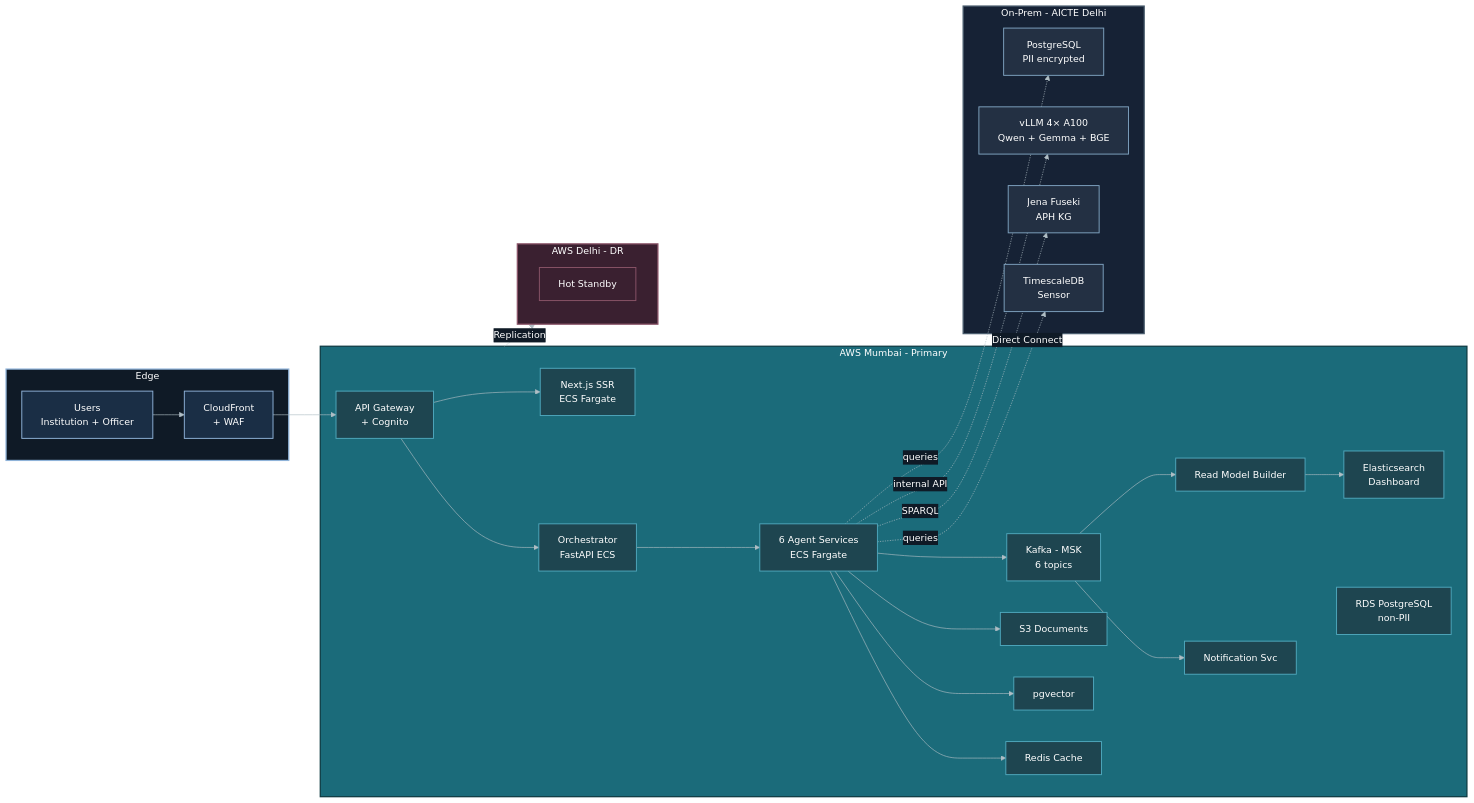
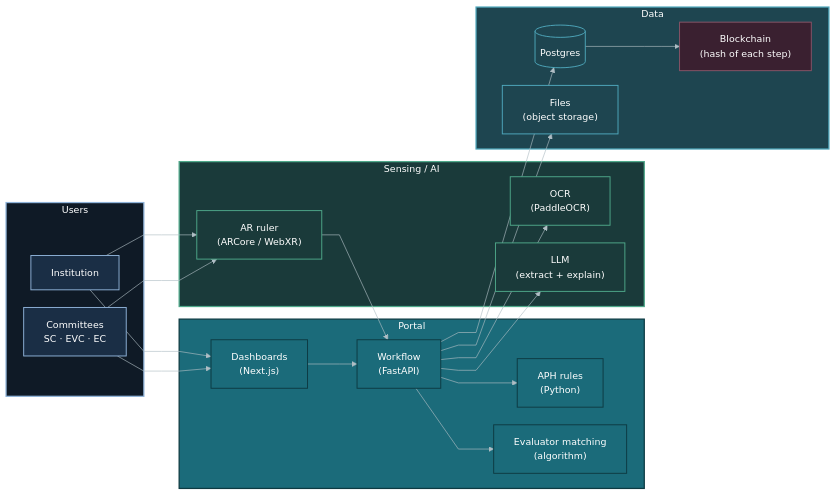
One commit to Anayshah13/sih-AICTE_prototype changed the diagram in overall_system_architecture.mmd. Above: the diagram before and after it, drawn with Mermaid. The commit also changed 17 other files, not shown here.

```diff
--- a/overall_system_architecture.mmd
+++ b/overall_system_architecture.mmd
@@ -1,73 +1,66 @@
 %%{init: {'theme':'base', 'themeVariables': {
   'primaryColor': '#1B6B7A',
   'primaryTextColor': '#FFFFFF',
   'primaryBorderColor': '#0D3A42',
   'lineColor': '#B0BEC5',
   'textColor': '#FFFFFF',
   'fontSize': '15px',
   'clusterBkg': '#0F1A26',
   'clusterBorder': '#4A5D6E',
   'edgeLabelBackground':'#0F1A26'
-}}}%%
-graph LR
-    subgraph EDGE["Edge"]
-        USER[Users<br/>Institution + Officer]
-        CF[CloudFront<br/>+ WAF]
-    end
-    subgraph AWS_MUMBAI["AWS Mumbai - Primary"]
-        API[API Gateway<br/>+ Cognito]
-        NEXT[Next.js SSR<br/>ECS Fargate]
-        ORCH[Orchestrator<br/>FastAPI ECS]
-        AGENTS[6 Agent Services<br/>ECS Fargate]
-        KAFKA[Kafka - MSK<br/>6 topics]
-        S3[S3 Documents]
-        PGV[pgvector]
-        REDIS[Redis Cache]
-        ES[Elasticsearch<br/>Dashboard]
-        RDS[RDS PostgreSQL<br/>non-PII]
-        READ[Read Model Builder]
-        NOTIFY[Notification Svc]
-    end
-    subgraph ONPREM["On-Prem - AICTE Delhi"]
-        PG_PII[PostgreSQL<br/>PII encrypted]
-        VLLM[vLLM 4× A100<br/>Qwen + Gemma + BGE]
-        JENA[Jena Fuseki<br/>APH KG]
-        TSDB[TimescaleDB<br/>Sensor]
-    end
-    subgraph AWS_DELHI["AWS Delhi - DR"]
-        DR[Hot Standby]
+}, 'flowchart': {'htmlLabels': true, 'curve': 'linear', 'padding': 16, 'nodeSpacing': 28, 'rankSpacing': 56}}}%%
+flowchart LR
+    subgraph USERS["Users"]
+        INST[Institution]
+        CMTE["Committees<br/>SC · EVC · EC"]
     end
 
-    USER --> CF
-    CF --> API
-    API --> NEXT
-    API --> ORCH
-    ORCH --> AGENTS
-    AGENTS --> KAFKA
-    KAFKA --> READ
-    READ --> ES
-    KAFKA --> NOTIFY
-    AGENTS -.->|internal API| VLLM
-    AGENTS -.->|SPARQL| JENA
-    AGENTS -.->|queries| PG_PII
-    AGENTS -.->|queries| TSDB
-    AGENTS --> S3
-    AGENTS --> PGV
-    AGENTS --> REDIS
-    ONPREM -.->|Direct Connect| AWS_MUMBAI
-    AWS_MUMBAI -.->|Replication| AWS_DELHI
+    subgraph PORTAL["Portal"]
+        WEB["Dashboards<br/>(Next.js)"]
+        WF["Workflow<br/>(FastAPI)"]
+        RULES["APH rules<br/>(Python)"]
+        MATCH["Evaluator matching<br/>(algorithm)"]
+    end
 
-    classDef edgeNode fill:#1A2E45,color:#FFFFFF,stroke:#8FB3D9,stroke-width:1.5px
-    classDef mumbaiNode fill:#1E4550,color:#FFFFFF,stroke:#4FA8BD,stroke-width:1.5px
-    classDef onpremNode fill:#233043,color:#FFFFFF,stroke:#7FA3C0,stroke-width:1.5px
-    classDef drNode fill:#3A2030,color:#FFFFFF,stroke:#8A5468,stroke-width:1.5px
+    subgraph SENSE["Sensing / AI"]
+        AR["AR ruler<br/>(ARCore / WebXR)"]
+        OCR["OCR<br/>(PaddleOCR)"]
+        LLM["LLM<br/>(extract + explain)"]
+    end
 
-    class USER,CF edgeNode
-    class API,NEXT,ORCH,AGENTS,KAFKA,S3,PGV,REDIS,ES,RDS,READ,NOTIFY mumbaiNode
-    class PG_PII,VLLM,JENA,TSDB onpremNode
-    class DR drNode
+    subgraph DATA["Data"]
+        DB[(Postgres)]
+        FILES["Files<br/>(object storage)"]
+        CHAIN["Blockchain<br/>(hash of each step)"]
+    end
 
-    style EDGE fill:#0F1A26,color:#FFFFFF,stroke:#8FB3D9,stroke-width:2px
-    style AWS_MUMBAI fill:#1B6B7A,color:#FFFFFF,stroke:#0D3A42,stroke-width:2px
-    style ONPREM fill:#162235,color:#FFFFFF,stroke:#4A5D6E,stroke-width:2px
-    style AWS_DELHI fill:#3A2030,color:#FFFFFF,stroke:#8A5468,stroke-width:2px
+    INST --> WEB
+    CMTE --> WEB
+    INST --> AR
+    CMTE --> AR
+    WEB --> WF
+    WF --> RULES
+    WF --> MATCH
+    AR --> WF
+    WF --> OCR
+    WF --> LLM
+    WF --> DB
+    WF --> FILES
+    DB --> CHAIN
+
+    classDef userNode fill:#1A2E45,color:#FFFFFF,stroke:#8FB3D9,stroke-width:1.5px
+    classDef appNode fill:#1B6B7A,color:#FFFFFF,stroke:#0D3A42,stroke-width:1.5px
+    classDef senseNode fill:#1A3A3A,color:#FFFFFF,stroke:#4FA88A,stroke-width:1.5px
+    classDef dataNode fill:#1E4550,color:#FFFFFF,stroke:#4FA8BD,stroke-width:1.5px
+    classDef chainNode fill:#3A2030,color:#FFFFFF,stroke:#8A5468,stroke-width:1.5px
+
+    class INST,CMTE userNode
+    class WEB,WF,RULES,MATCH appNode
+    class AR,OCR,LLM senseNode
+    class DB,FILES dataNode
+    class CHAIN chainNode
+
+    style USERS fill:#0F1A26,color:#FFFFFF,stroke:#8FB3D9,stroke-width:2px
+    style PORTAL fill:#1B6B7A,color:#FFFFFF,stroke:#0D3A42,stroke-width:2px
+    style SENSE fill:#1A3A3A,color:#FFFFFF,stroke:#4FA88A,stroke-width:2px
+    style DATA fill:#1E4550,color:#FFFFFF,stroke:#4FA8BD,stroke-width:2px
```
